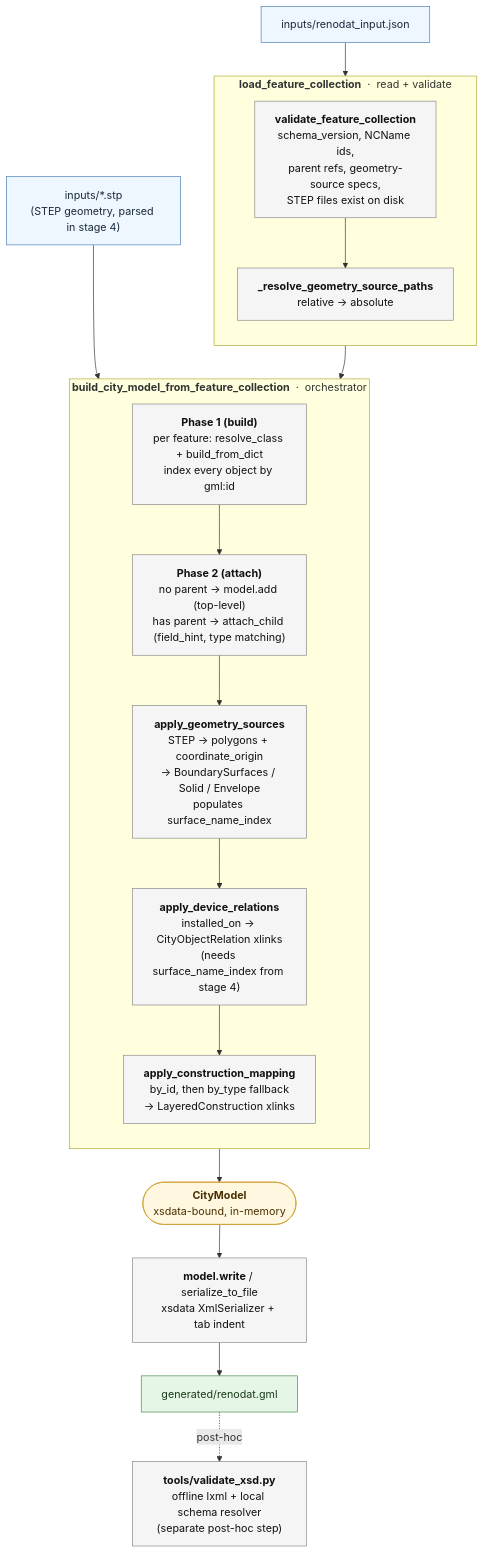
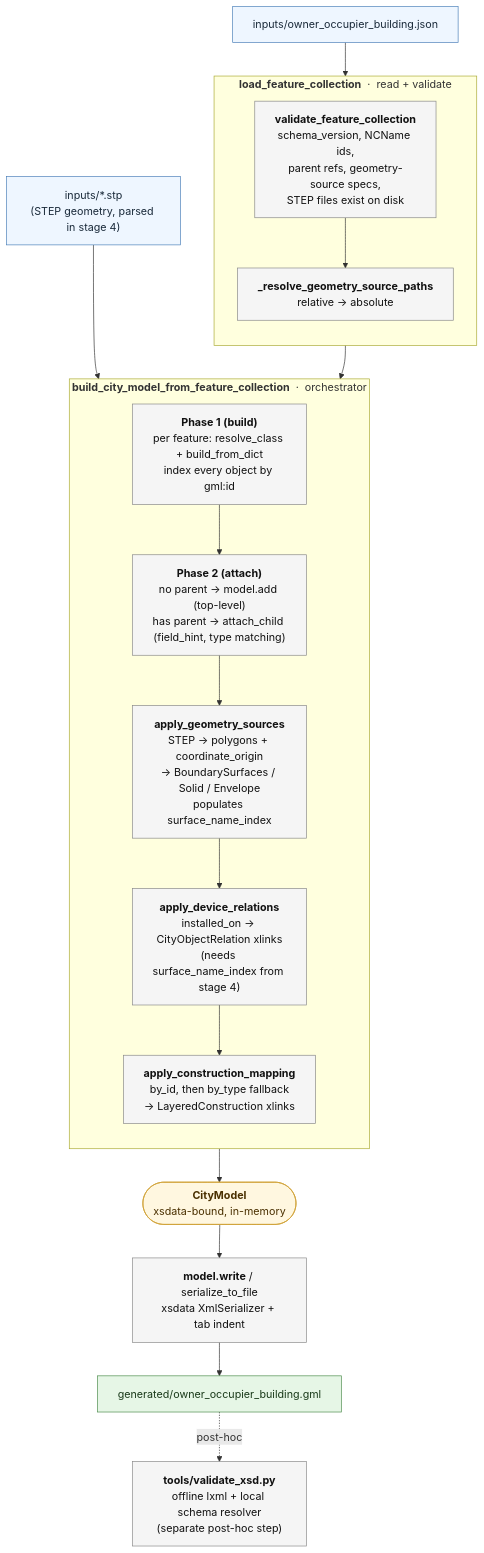
The diagram in README.md (DaanSchlosser/CityGML2.0-EnergyADE3.0_creator), drawn with Mermaid before and after one commit. The commit also changed other lines of this file and 12 other files, not shown here.

````diff
--- a/README.md
+++ b/README.md
@@ -185,39 +203,39 @@
 ```mermaid
 flowchart TD
-    J["inputs/renodat_input.json"]:::input
+    J["inputs/owner_occupier_building.json"]:::input
     S["inputs/*.stp<br/>(STEP geometry, parsed in stage 4)"]:::input
 
     subgraph Load["<b>load_feature_collection</b> &nbsp;·&nbsp; read + validate"]
         direction TB
         V1["<b>validate_feature_collection</b><br/>schema_version, NCName ids,<br/>parent refs, geometry-source specs,<br/>STEP files exist on disk"]:::stage
         V2["<b>_resolve_geometry_source_paths</b><br/>relative → absolute"]:::stage
         V1 --> V2
     end
 
     subgraph Build["<b>build_city_model_from_feature_collection</b> &nbsp;·&nbsp; orchestrator"]
         direction TB
         P1["<b>Phase 1 (build)</b><br/>per feature: resolve_class + build_from_dict<br/>index every object by gml:id"]:::stage
         P2["<b>Phase 2 (attach)</b><br/>no parent → model.add (top-level)<br/>has parent → attach_child (field_hint, type matching)"]:::stage
         G["<b>apply_geometry_sources</b><br/>STEP → polygons + coordinate_origin<br/>→ BoundarySurfaces / Solid / Envelope<br/>populates surface_name_index"]:::stage
         D["<b>apply_device_relations</b><br/>installed_on → CityObjectRelation xlinks<br/>(needs surface_name_index from stage 4)"]:::stage
         C["<b>apply_construction_mapping</b><br/>by_id, then by_type fallback<br/>→ LayeredConstruction xlinks"]:::stage
         P1 --> P2 --> G --> D --> C
     end
 
     CM(["<b>CityModel</b><br/>xsdata-bound, in-memory"]):::model
     W["<b>model.write</b> / serialize_to_file<br/>xsdata XmlSerializer + tab indent"]:::stage
-    OUT["generated/renodat.gml"]:::output
+    OUT["generated/owner_occupier_building.gml"]:::output
     VAL["<b>tools/validate_xsd.py</b><br/>offline lxml + local schema resolver<br/>(separate post-hoc step)"]:::stage
 
     J --> V1
     V2 --> P1
     S --> G
     C --> CM
     CM --> W --> OUT
     OUT -.->|post-hoc| VAL
 
     classDef input fill:#eef6ff,stroke:#4a7fb8,color:#1a2a3a;
     classDef stage fill:#f5f5f5,stroke:#888,color:#111;
     classDef model fill:#fff7e0,stroke:#d0a030,color:#4a3000;
     classDef output fill:#e6f6e6,stroke:#4a8a4a,color:#1a3a1a;
 ```
````
